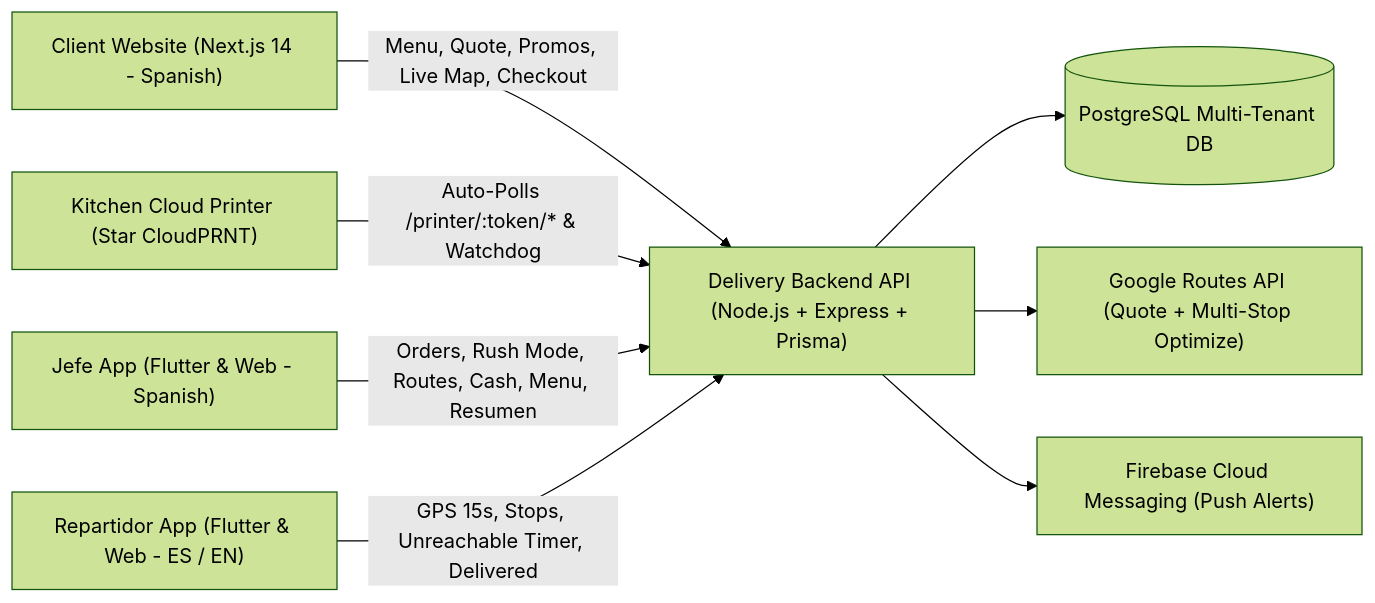
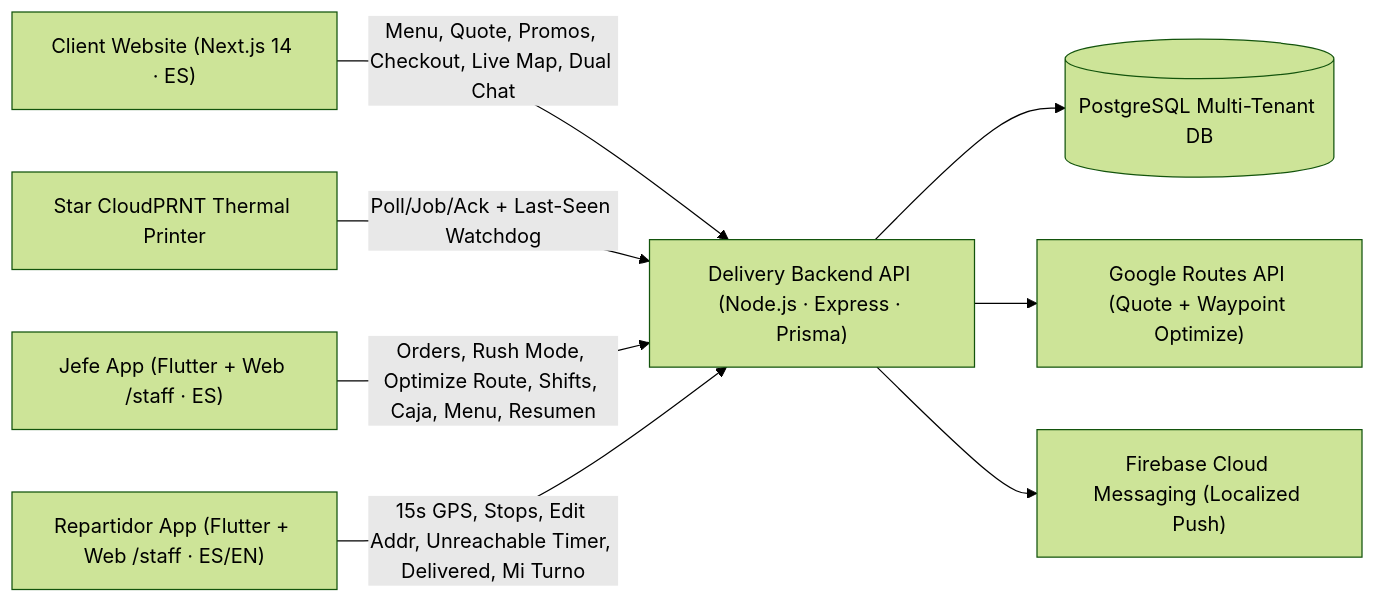
The first of 2 diagrams in README.md (RayenTMAR/pizzeria-system), drawn with Mermaid (forest theme) before and after one commit. The commit also changed other lines of this file and 6 other files, not shown here.

Commit message:
Add shift SETTLING->Cuadrado flow and detailed specifications book in README.md

````diff
--- a/README.md
+++ b/README.md
@@ -27,19 +27,19 @@
 ```mermaid
 flowchart LR
-  Client["Client Website (Next.js 14 - Spanish)"]
-  Printer["Kitchen Cloud Printer (Star CloudPRNT)"]
-  Jefe["Jefe App (Flutter & Web - Spanish)"]
-  Rider["Repartidor App (Flutter & Web - ES / EN)"]
-  API["Delivery Backend API (Node.js + Express + Prisma)"]
+  Client["Client Website (Next.js 14 · ES)"]
+  Printer["Star CloudPRNT Thermal Printer"]
+  Jefe["Jefe App (Flutter + Web /staff · ES)"]
+  Rider["Repartidor App (Flutter + Web /staff · ES/EN)"]
+  API["Delivery Backend API (Node.js · Express · Prisma)"]
   DB[("PostgreSQL Multi-Tenant DB")]
-  Maps["Google Routes API (Quote + Multi-Stop Optimize)"]
-  FCM["Firebase Cloud Messaging (Push Alerts)"]
+  Maps["Google Routes API (Quote + Waypoint Optimize)"]
+  FCM["Firebase Cloud Messaging (Localized Push)"]
 
-  Client -->|"Menu, Quote, Promos, Live Map, Checkout"| API
-  Printer -->|"Auto-Polls /printer/:token/* & Watchdog"| API
-  Jefe -->|"Orders, Rush Mode, Routes, Cash, Menu, Resumen"| API
-  Rider -->|"GPS 15s, Stops, Unreachable Timer, Delivered"| API
+  Client -->|"Menu, Quote, Promos, Checkout, Live Map, Dual Chat"| API
+  Printer -->|"Poll/Job/Ack + Last-Seen Watchdog"| API
+  Jefe -->|"Orders, Rush Mode, Optimize Route, Shifts, Caja, Menu, Resumen"| API
+  Rider -->|"15s GPS, Stops, Edit Addr, Unreachable Timer, Delivered, Mi Turno"| API
   API --> DB
   API --> Maps
   API --> FCM
 ```
````
